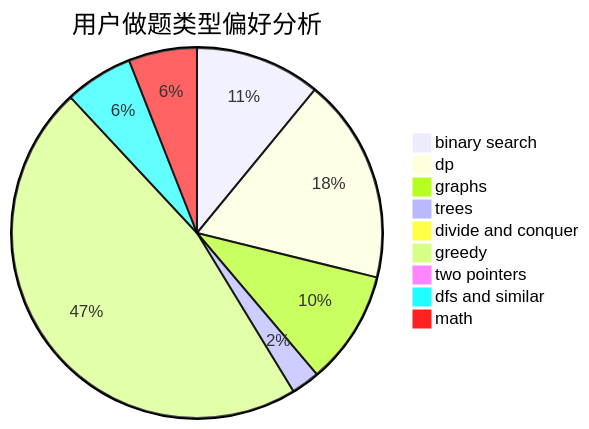
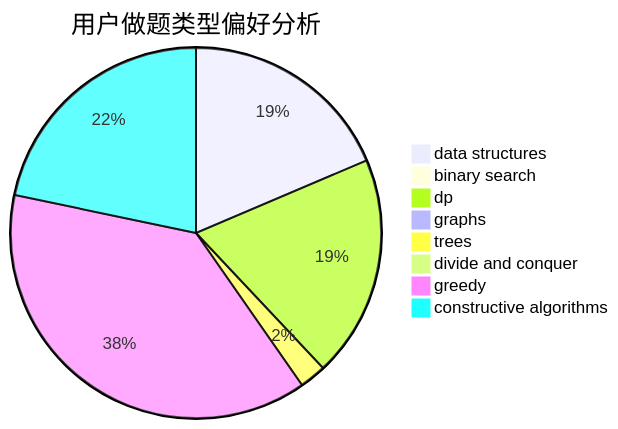
Before and after one commit to sherpahu/cfrs.github.io: the second of 3 diagrams in docs/user/u1694.md, drawn with Mermaid. The commit also changed other lines of this file and 2775 other files, not shown here.

````diff
--- a/docs/user/u1694.md
+++ b/docs/user/u1694.md
@@ -23,12 +23,11 @@
 ```mermaid
 pie title 用户做题类型偏好分析
-    "binary search" :  22
-    "dp" :  36
-    "graphs" :  20
-    "trees" :  5
+    "data structures" :  24
+    "binary search" :  0
+    "dp" :  25
+    "graphs" :  0
+    "trees" :  3
     "divide and conquer" :  0
-    "greedy" :  94
-    "two pointers" :  0
-    "dfs and similar" :  12
-    "math" :  12
+    "greedy" :  49
+    "constructive algorithms" :  28
 ```
````
